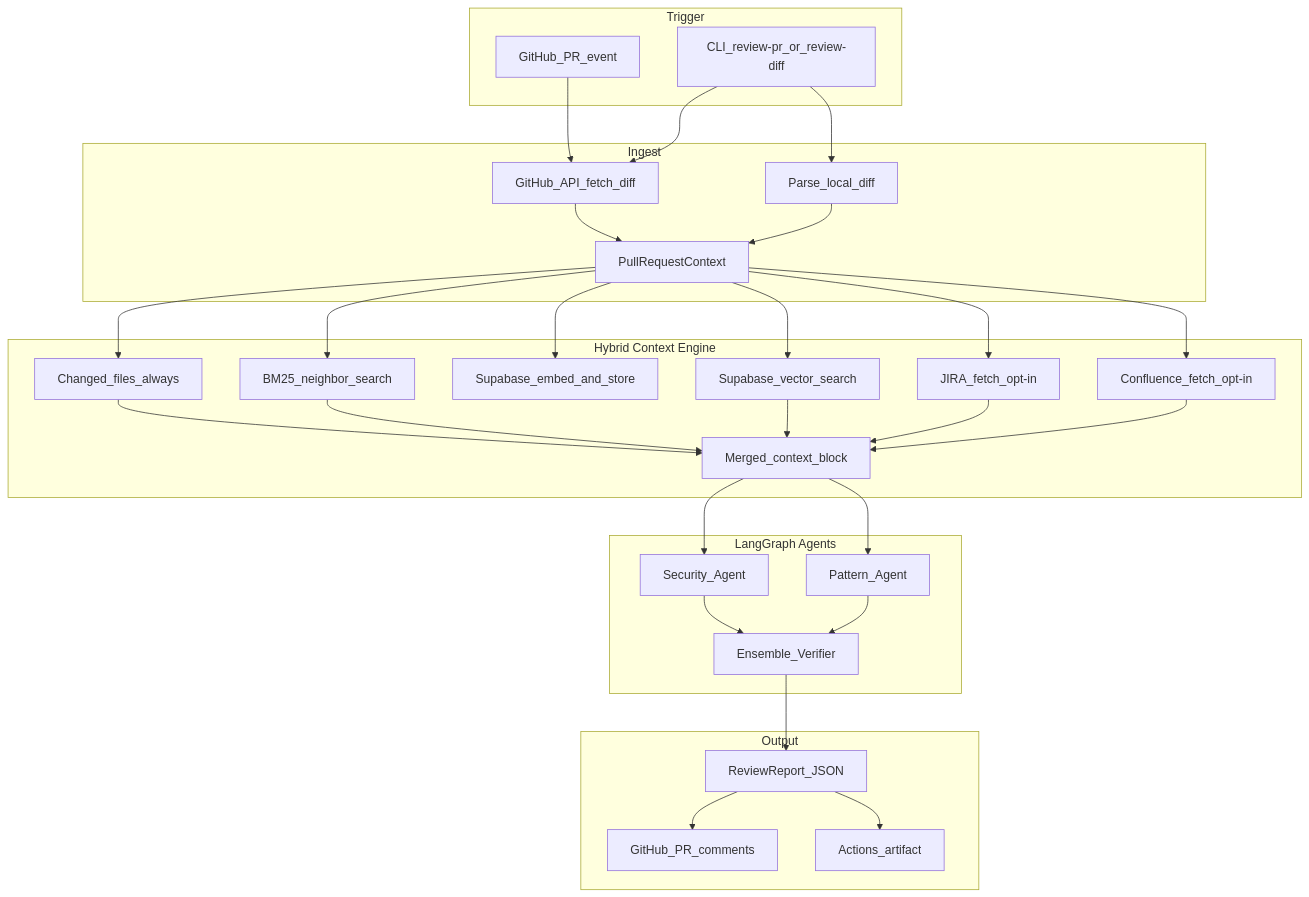
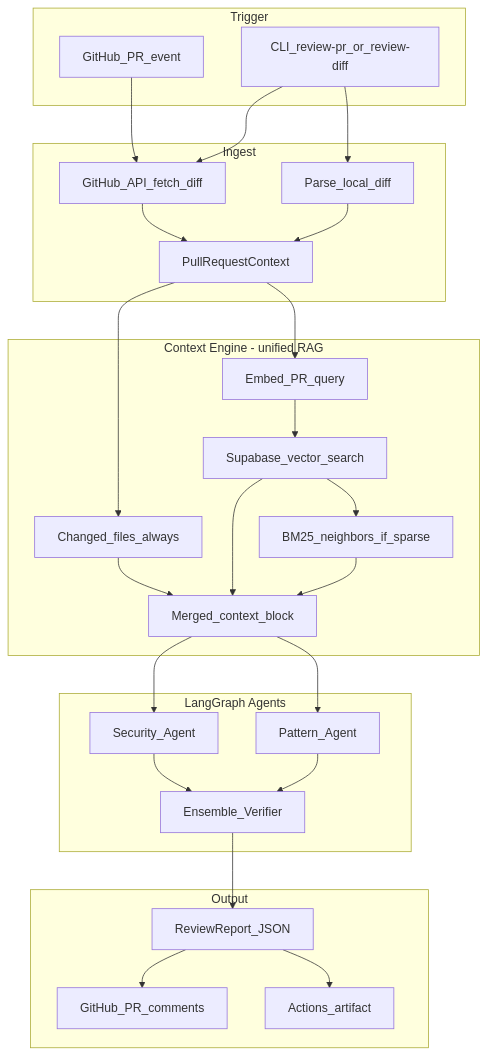
Before and after one commit to cipheraxat/codereviewer_agent: the second of 4 diagrams in README.md, drawn with Mermaid. The commit also changed other lines of this file and 1 other file, not shown here.

First line of the commit message:
docs: update README for v0.4.0 unified RAG design and clean up E2E sandbox

````diff
--- a/README.md
+++ b/README.md
@@ -78,62 +80,53 @@
 ```mermaid
 flowchart TD
   subgraph trigger [Trigger]
     prEvent[GitHub_PR_event]
     cli[CLI_review-pr_or_review-diff]
   end
 
   subgraph ingest [Ingest]
     ghApi[GitHub_API_fetch_diff]
     parseDiff[Parse_local_diff]
     prCtx[PullRequestContext]
   end
 
-  subgraph context [Hybrid Context Engine]
+  subgraph context [Context Engine - unified RAG]
     changed[Changed_files_always]
-    bm25[BM25_neighbor_search]
-    supaIndex[Supabase_embed_and_store]
-    supaSearch[Supabase_vector_search]
-    jira[JIRA_fetch_opt-in]
-    conf[Confluence_fetch_opt-in]
+    query[Embed_PR_query]
+    vectorSearch[Supabase_vector_search]
+    bm25Fallback[BM25_neighbors_if_sparse]
     mergeCtx[Merged_context_block]
   end
 
   subgraph agents [LangGraph Agents]
     sec[Security_Agent]
     pat[Pattern_Agent]
     ens[Ensemble_Verifier]
   end
 
   subgraph output [Output]
     report[ReviewReport_JSON]
     ghReview[GitHub_PR_comments]
     artifact[Actions_artifact]
   end
 
   prEvent --> ghApi
   cli --> ghApi
   cli --> parseDiff
   ghApi --> prCtx
   parseDiff --> prCtx
 
   prCtx --> changed
-  prCtx --> bm25
-  prCtx --> supaIndex
-  prCtx --> supaSearch
-  prCtx --> jira
-  prCtx --> conf
-
+  prCtx --> query --> vectorSearch
   changed --> mergeCtx
-  bm25 --> mergeCtx
-  supaSearch --> mergeCtx
-  jira --> mergeCtx
-  conf --> mergeCtx
+  vectorSearch --> mergeCtx
+  vectorSearch --> bm25Fallback --> mergeCtx
 
   mergeCtx --> sec
   mergeCtx --> pat
   sec --> ens
   pat --> ens
   ens --> report
   report --> ghReview
   report --> artifact
 ```
````
